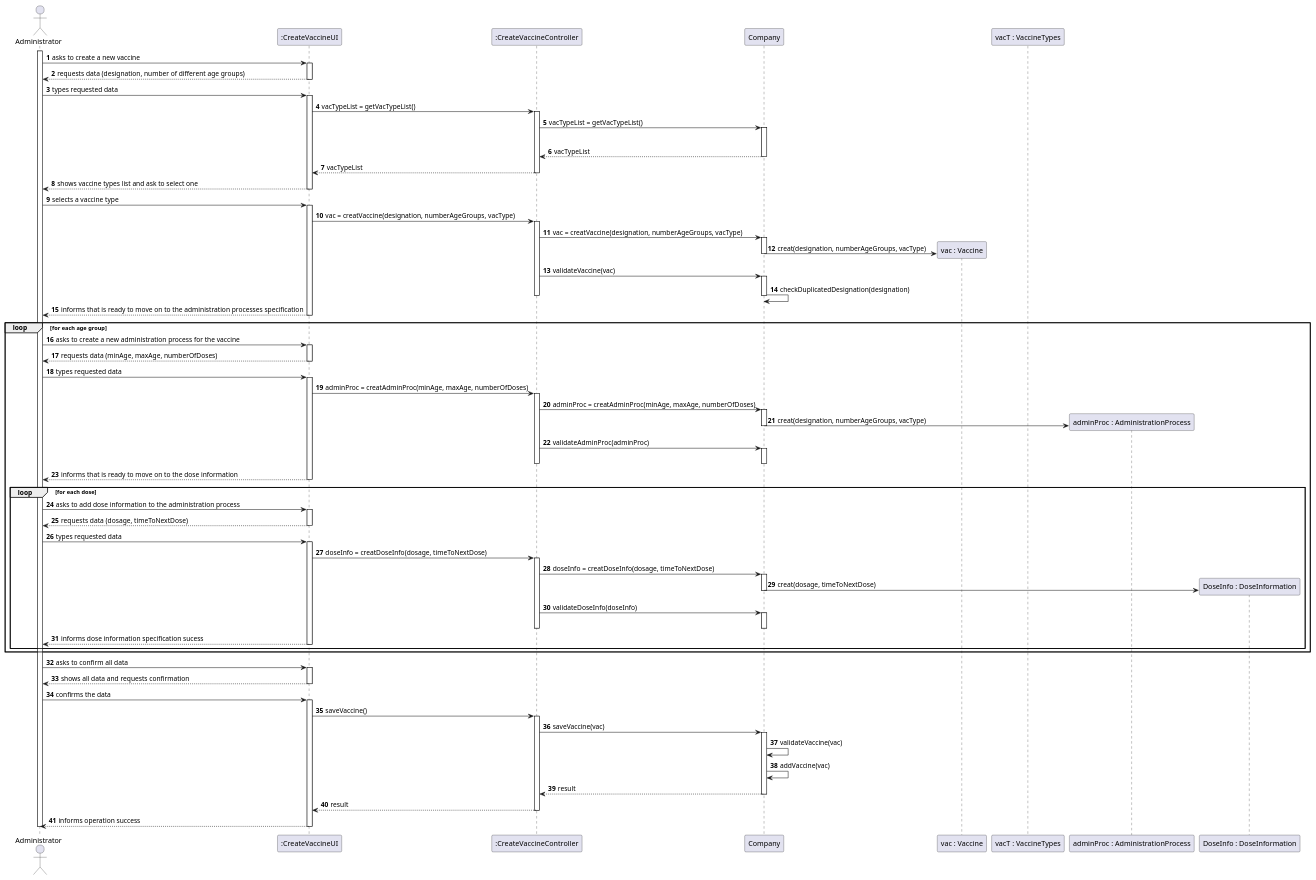
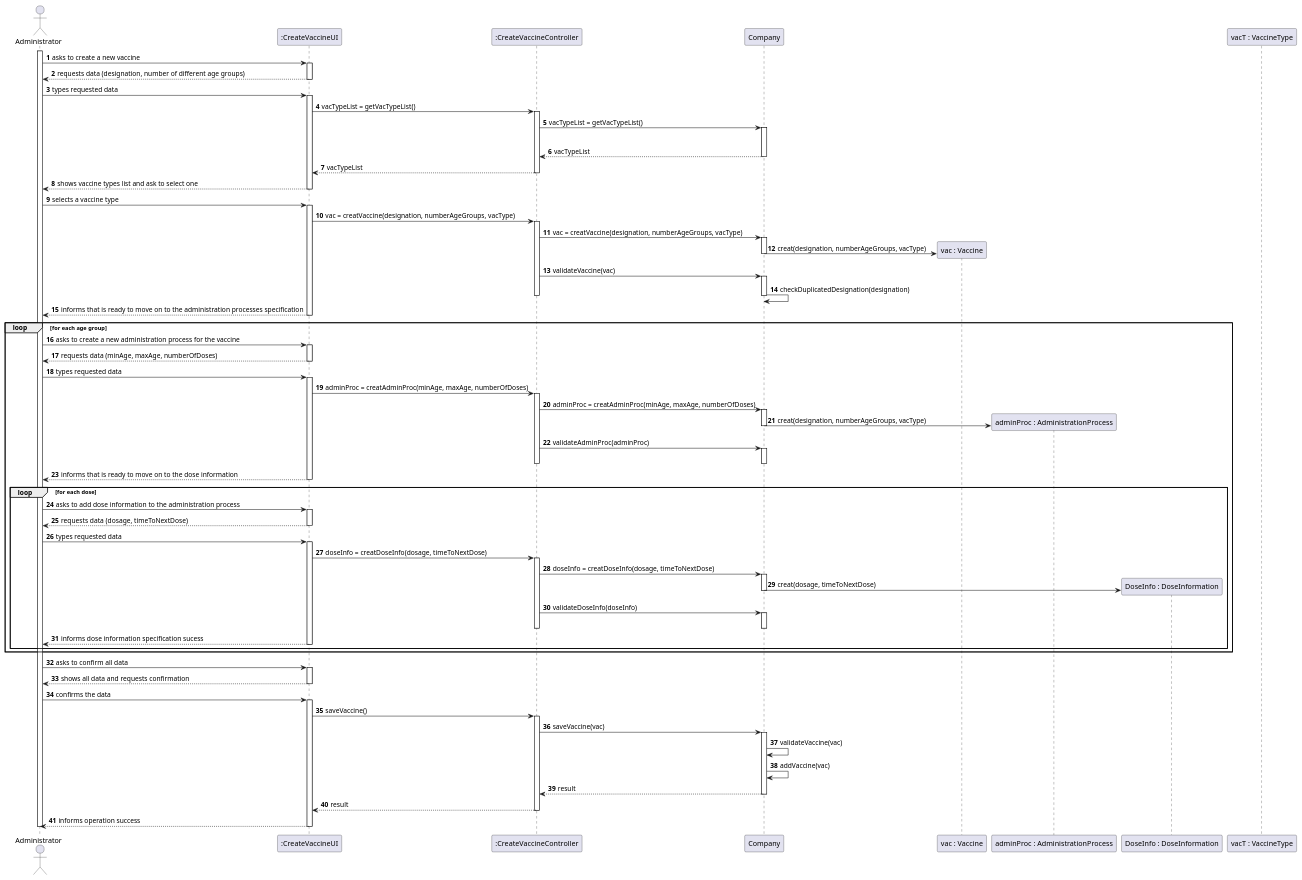
Before and after one commit to miseEnPlace-i/lapr2: the diagram in docs/SprintB/US13/SD/US13_SD.puml, drawn with PlantUML. The commit also changed 3 other files, not shown here.

```diff
--- a/docs/SprintB/US13/SD/US13_SD.puml
+++ b/docs/SprintB/US13/SD/US13_SD.puml
@@ -1,134 +1,134 @@
 @startuml
 autonumber
 'hide footbox
 actor "Administrator" as ADM
 
 participant ":CreateVaccineUI" as UI
 participant ":CreateVaccineController" as CTRL
 participant "Company" as COMP
 participant "vac : Vaccine" as VAC
-participant "vacT : VaccineTypes" as VACT
 participant "adminProc : AdministrationProcess" as AP
 participant "DoseInfo : DoseInformation" as DI
+participant "vacT : VaccineType" as VACT
 
 activate ADM
 
 ADM -> UI : asks to create a new vaccine
 activate UI
 UI --> ADM :  requests data (designation, number of different age groups)
 deactivate UI
 
 ADM -> UI : types requested data
 activate UI
     UI -> CTRL : vacTypeList = getVacTypeList()
     activate CTRL
 
         CTRL -> COMP : vacTypeList = getVacTypeList()
         activate COMP 
         |||
         COMP --> CTRL : vacTypeList
         deactivate COMP
         CTRL --> UI : vacTypeList
     deactivate CTRL
 UI --> ADM : shows vaccine types list and ask to select one
 deactivate UI
 
 ADM -> UI : selects a vaccine type
 activate UI
     UI -> CTRL : vac = creatVaccine(designation, numberAgeGroups, vacType)
     activate CTRL
 
         CTRL -> COMP : vac = creatVaccine(designation, numberAgeGroups, vacType)
         activate COMP 
 
             COMP -> VAC ** : creat(designation, numberAgeGroups, vacType)
 
         deactivate COMP
 
         CTRL -> COMP : validateVaccine(vac)
         activate COMP 
             COMP -> COMP : checkDuplicatedDesignation(designation)
         deactivate COMP
 
     deactivate CTRL
 UI --> ADM : informs that is ready to move on to the administration processes specification
 deactivate UI
 
 
 loop for each age group
 
     ADM -> UI : asks to create a new administration process for the vaccine
     activate UI
     UI --> ADM : requests data (minAge, maxAge, numberOfDoses)
     deactivate UI
 
     ADM -> UI : types requested data
     activate UI
         UI -> CTRL : adminProc = creatAdminProc(minAge, maxAge, numberOfDoses)
         activate CTRL
 
             CTRL -> COMP : adminProc = creatAdminProc(minAge, maxAge, numberOfDoses)
             activate COMP 
 
                 COMP -> AP ** : creat(designation, numberAgeGroups, vacType)
 
             deactivate COMP
 
             CTRL -> COMP : validateAdminProc(adminProc)
             activate COMP 
             deactivate COMP
 
         deactivate CTRL
     UI --> ADM : informs that is ready to move on to the dose information
     deactivate UI
 
     loop for each dose
 
         ADM -> UI : asks to add dose information to the administration process
         activate UI
         UI --> ADM : requests data (dosage, timeToNextDose)
         deactivate UI
         ADM -> UI : types requested data
         activate UI
             UI -> CTRL : doseInfo = creatDoseInfo(dosage, timeToNextDose)
                 activate CTRL
                 CTRL -> COMP : doseInfo = creatDoseInfo(dosage, timeToNextDose)
                 activate COMP 
 
                     COMP -> DI ** : creat(dosage, timeToNextDose)
 
                 deactivate COMP
 
                 CTRL -> COMP : validateDoseInfo(doseInfo)
                 activate COMP 
                 deactivate COMP
 
                 deactivate CTRL
         UI --> ADM : informs dose information specification sucess
         deactivate UI
     end
 end
 ADM -> UI : asks to confirm all data
 activate UI
 UI --> ADM : shows all data and requests confirmation
 deactivate UI
 
 ADM -> UI : confirms the data
 activate UI
 UI -> CTRL : saveVaccine()
     activate CTRL
 
         CTRL -> COMP :  saveVaccine(vac)
         activate COMP 
             COMP -> COMP : validateVaccine(vac)
             COMP -> COMP : addVaccine(vac)
             COMP --> CTRL : result
         deactivate COMP
         CTRL --> UI : result
     deactivate CTRL
 UI --> ADM : informs operation success
 deactivate UI
 
 deactivate ADM
 
 @enduml
```
